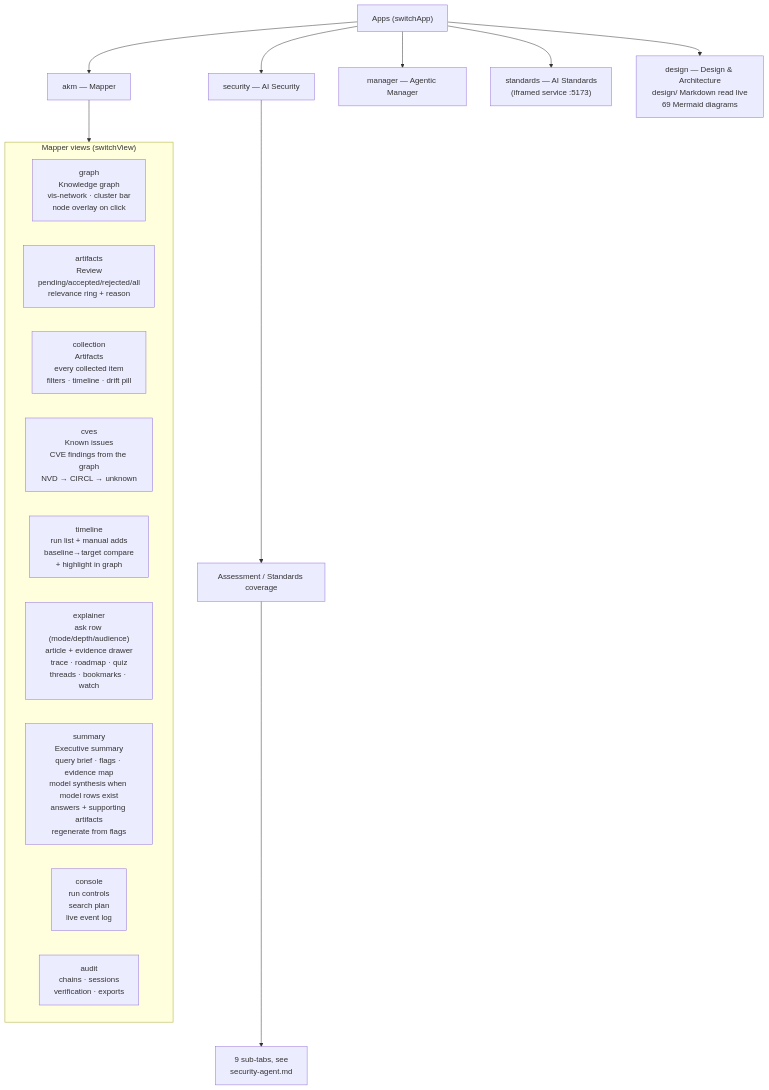
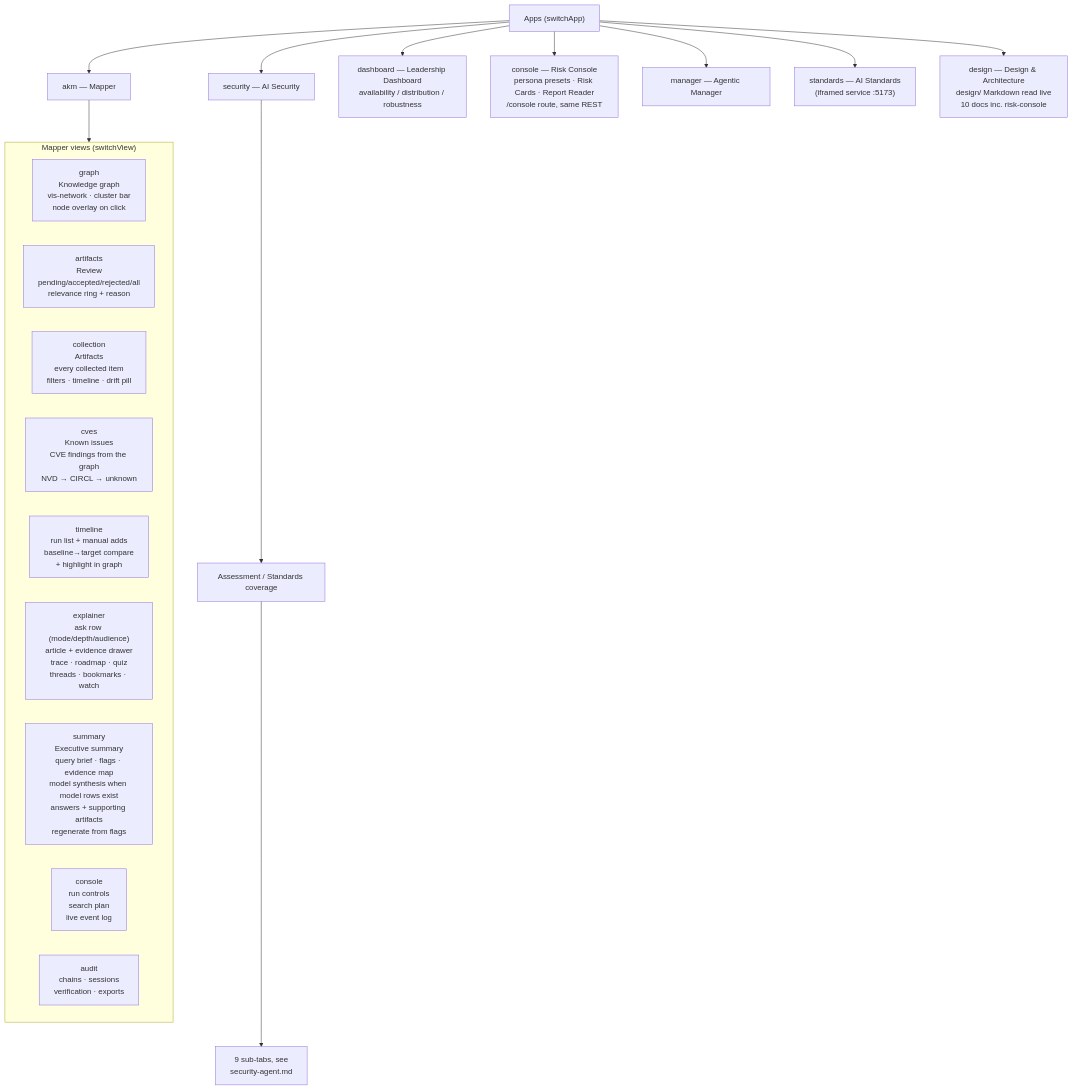
One commit to harishgovardhandamodar/agentic-knowledge-mapper changed the first of 2 diagrams in docs/frontend.md. Above: the diagram before and after it, drawn with Mermaid. The commit also changed other lines of this file and 26 other files, not shown here.

First line of the commit message:
Risk Console + risk scoring/management: console shell, persona landings, risk cards,

````diff
--- a/docs/frontend.md
+++ b/docs/frontend.md
@@ -18,23 +18,25 @@
 ```mermaid
 flowchart TB
     APPS["Apps (switchApp)"]
     APPS --> AKM["akm — Mapper"]
     APPS --> SEC["security — AI Security"]
+    APPS --> DASH["dashboard — Leadership Dashboard<br/>availability / distribution / robustness"]
+    APPS --> CONS["console — Risk Console<br/>persona presets · Risk Cards · Report Reader<br/>/console route, same REST"]
     APPS --> MGR["manager — Agentic Manager"]
     APPS --> STD["standards — AI Standards<br/>(iframed service :5173)"]
-    APPS --> DSG["design — Design & Architecture<br/>design/ Markdown read live<br/>69 Mermaid diagrams"]
+    APPS --> DSG["design — Design & Architecture<br/>design/ Markdown read live<br/>10 docs inc. risk-console"]
     AKM --> TABS
     subgraph TABS["Mapper views (switchView)"]
         G["graph<br/>Knowledge graph<br/>vis-network · cluster bar<br/>node overlay on click"]
         R["artifacts<br/>Review<br/>pending/accepted/rejected/all<br/>relevance ring + reason"]
         CO["collection<br/>Artifacts<br/>every collected item<br/>filters · timeline · drift pill"]
         CV["cves<br/>Known issues<br/>CVE findings from the graph<br/>NVD → CIRCL → unknown"]
         TL["timeline<br/>run list + manual adds<br/>baseline→target compare<br/>+ highlight in graph"]
         E["explainer<br/>ask row (mode/depth/audience)<br/>article + evidence drawer<br/>trace · roadmap · quiz<br/>threads · bookmarks · watch"]
         SU["summary<br/>Executive summary<br/>query brief · flags · evidence map<br/>model synthesis when model rows exist<br/>answers + supporting artifacts<br/>regenerate from flags"]
         C["console<br/>run controls<br/>search plan<br/>live event log"]
         AU["audit<br/>chains · sessions<br/>verification · exports"]
     end
     SEC --> SECP["Assessment / Standards coverage"]
     SECP --> S1["9 sub-tabs, see<br/>security-agent.md"]
 ```
````
